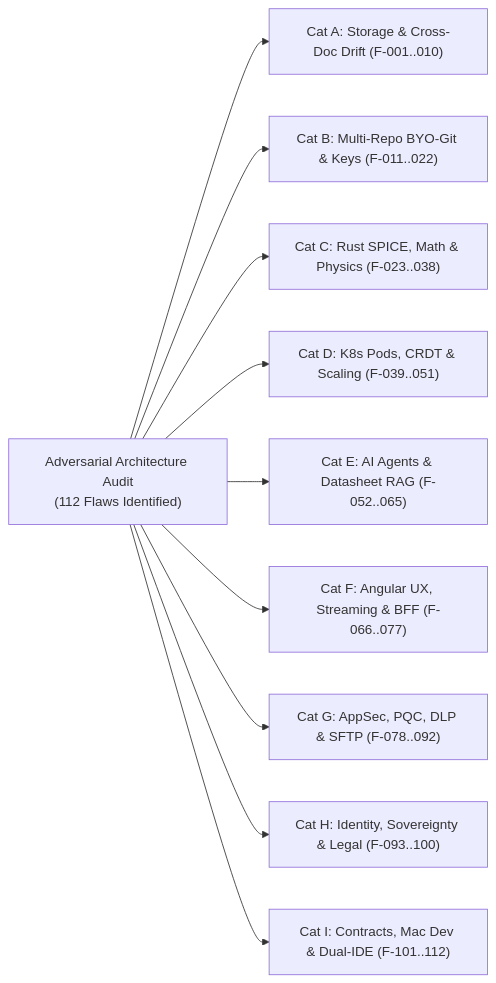
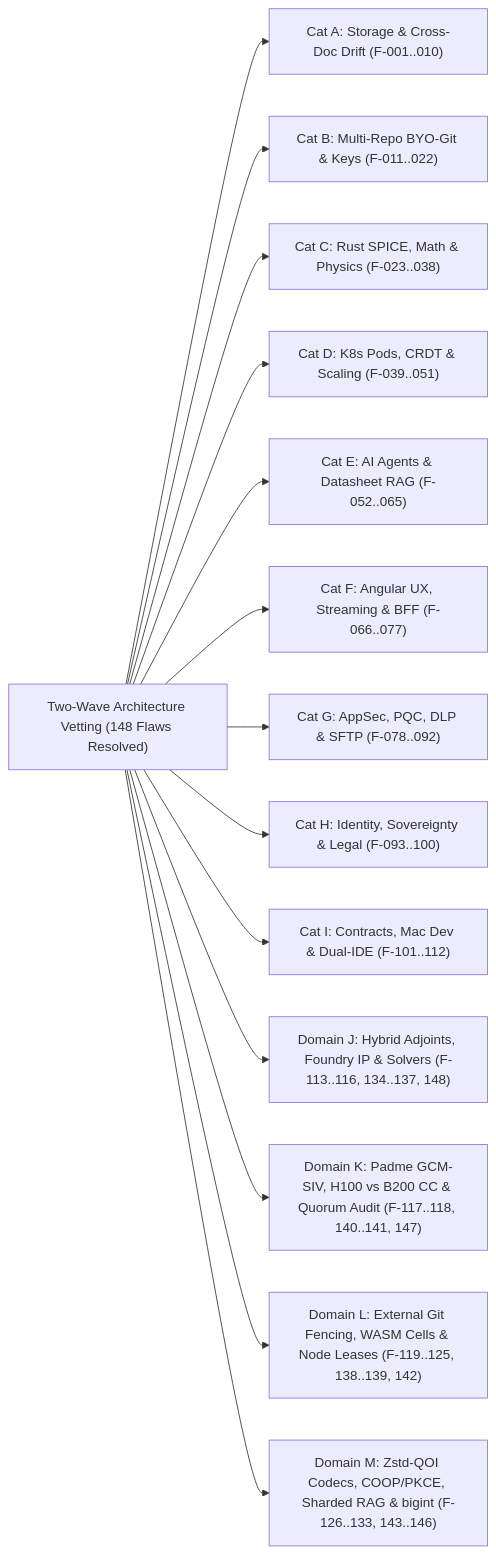
Before and after one commit to the-code-master/signal: the diagram in architecture/16-architectural-audit-flaws-and-futuristic-innovations.md, drawn with Mermaid. The commit also changed other lines of this file and 21 other files, not shown here.

Commit message:
docs: complete deep first-principles architecture vetting (F-113..F-148) and 2-pass scrub

````diff
--- a/architecture/16-architectural-audit-flaws-and-futuristic-innovations.md
+++ b/architecture/16-architectural-audit-flaws-and-futuristic-innovations.md
@@ -34,12 +36,16 @@
 ```mermaid
 flowchart LR
-    Audit["Adversarial Architecture Audit\n(112 Flaws Identified)"] --> C1["Cat A: Storage & Cross-Doc Drift (F-001..010)"]
+    Audit["Two-Wave Architecture Vetting (148 Flaws Resolved)"] --> C1["Cat A: Storage & Cross-Doc Drift (F-001..010)"]
     Audit --> C2["Cat B: Multi-Repo BYO-Git & Keys (F-011..022)"]
     Audit --> C3["Cat C: Rust SPICE, Math & Physics (F-023..038)"]
     Audit --> C4["Cat D: K8s Pods, CRDT & Scaling (F-039..051)"]
     Audit --> C5["Cat E: AI Agents & Datasheet RAG (F-052..065)"]
     Audit --> C6["Cat F: Angular UX, Streaming & BFF (F-066..077)"]
     Audit --> C7["Cat G: AppSec, PQC, DLP & SFTP (F-078..092)"]
     Audit --> C8["Cat H: Identity, Sovereignty & Legal (F-093..100)"]
     Audit --> C9["Cat I: Contracts, Mac Dev & Dual-IDE (F-101..112)"]
+    Audit --> CJ["Domain J: Hybrid Adjoints, Foundry IP & Solvers (F-113..116, 134..137, 148)"]
+    Audit --> CK["Domain K: Padme GCM-SIV, H100 vs B200 CC & Quorum Audit (F-117..118, 140..141, 147)"]
+    Audit --> CL["Domain L: External Git Fencing, WASM Cells & Node Leases (F-119..125, 138..139, 142)"]
+    Audit --> CM["Domain M: Zstd-QOI Codecs, COOP/PKCE, Sharded RAG & bigint (F-126..133, 143..146)"]
 ```
````
